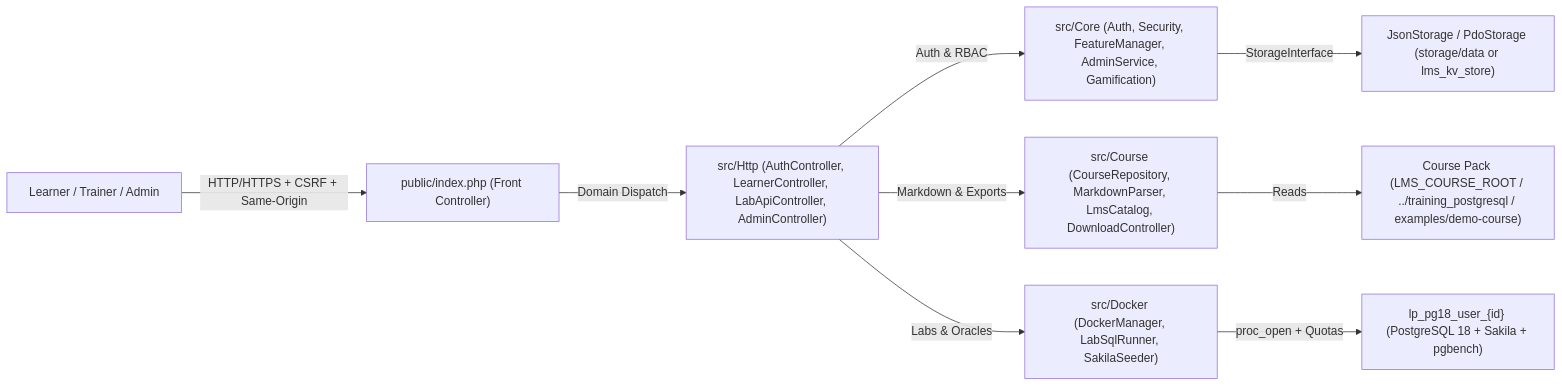
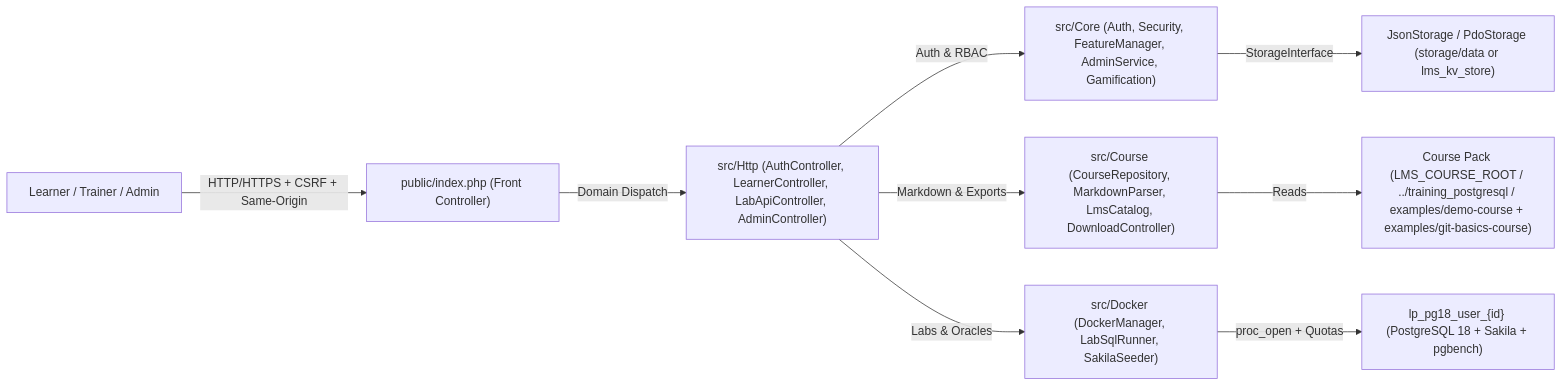
One commit to jmrenouard/lightpath-training-portal changed the diagram in README.md. Above: the diagram before and after it, drawn with Mermaid. The commit also changed other lines of this file and 3 other files, not shown here.

Commit message:
docs(roadmap): add Moodle vs LMS comparison, missing-feature backlog, and Action Logbook

````diff
--- a/README.md
+++ b/README.md
@@ -18,11 +18,11 @@
 ```mermaid
 flowchart LR
     Learner["Learner / Trainer / Admin"] -->|"HTTP/HTTPS + CSRF + Same-Origin"| Index["public/index.php (Front Controller)"]
     Index -->|"Domain Dispatch"| Http["src/Http (AuthController, LearnerController, LabApiController, AdminController)"]
     Http -->|"Auth & RBAC"| Core["src/Core (Auth, Security, FeatureManager, AdminService, Gamification)"]
     Http -->|"Markdown & Exports"| Course["src/Course (CourseRepository, MarkdownParser, LmsCatalog, DownloadController)"]
     Http -->|"Labs & Oracles"| Docker["src/Docker (DockerManager, LabSqlRunner, SakilaSeeder)"]
     Core -->|"StorageInterface"| Persistence["JsonStorage / PdoStorage (storage/data or lms_kv_store)"]
-    Course -->|"Reads"| Pack["Course Pack (LMS_COURSE_ROOT / ../training_postgresql / examples/demo-course)"]
+    Course -->|"Reads"| Pack["Course Pack (LMS_COURSE_ROOT / ../training_postgresql / examples/demo-course + examples/git-basics-course)"]
     Docker -->|"proc_open + Quotas"| Pg["lp_pg18_user_{id} (PostgreSQL 18 + Sakila + pgbench)"]
 ```
````
